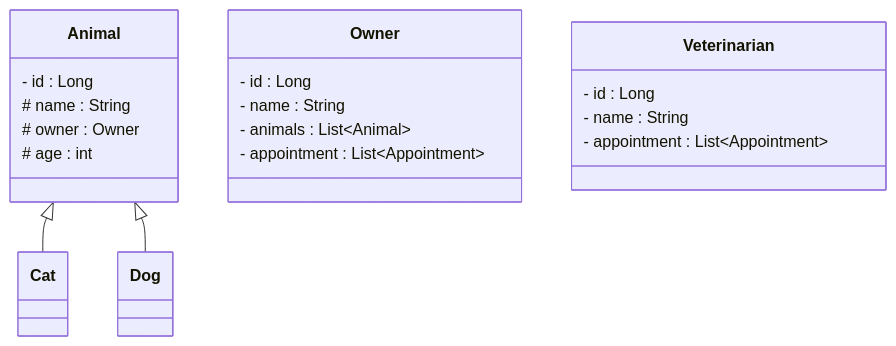
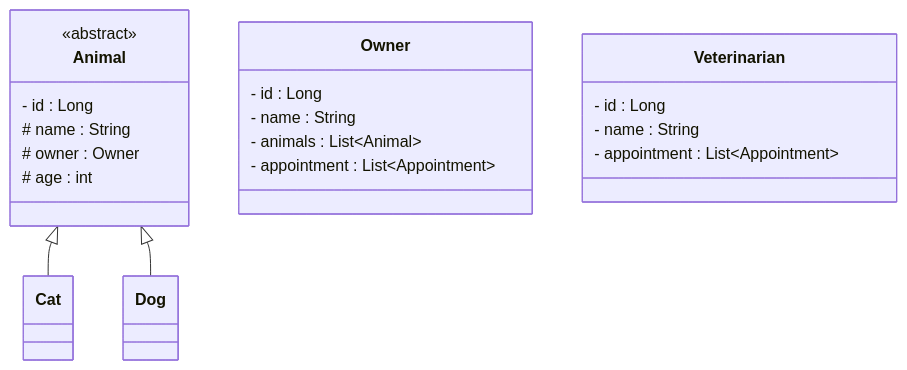
One commit to Kazh-boop/tpjpa2023 changed the diagram in README.md. Above: the diagram before and after it, drawn with Mermaid.

````diff
--- a/README.md
+++ b/README.md
@@ -3,22 +3,23 @@
 ```mermaid
 classDiagram
 class Animal {
+    <<abstract>>
     - id : Long
     # name : String
     # owner : Owner
     # age : int
 }
 class Owner {
     - id : Long
     - name : String
     - animals : List~Animal~
     - appointment : List~Appointment~
 }
 class Veterinarian {
     - id : Long
     - name : String
     - appointment : List~Appointment~
 }
 Animal <|-- Cat
 Animal <|-- Dog
 ```
````
